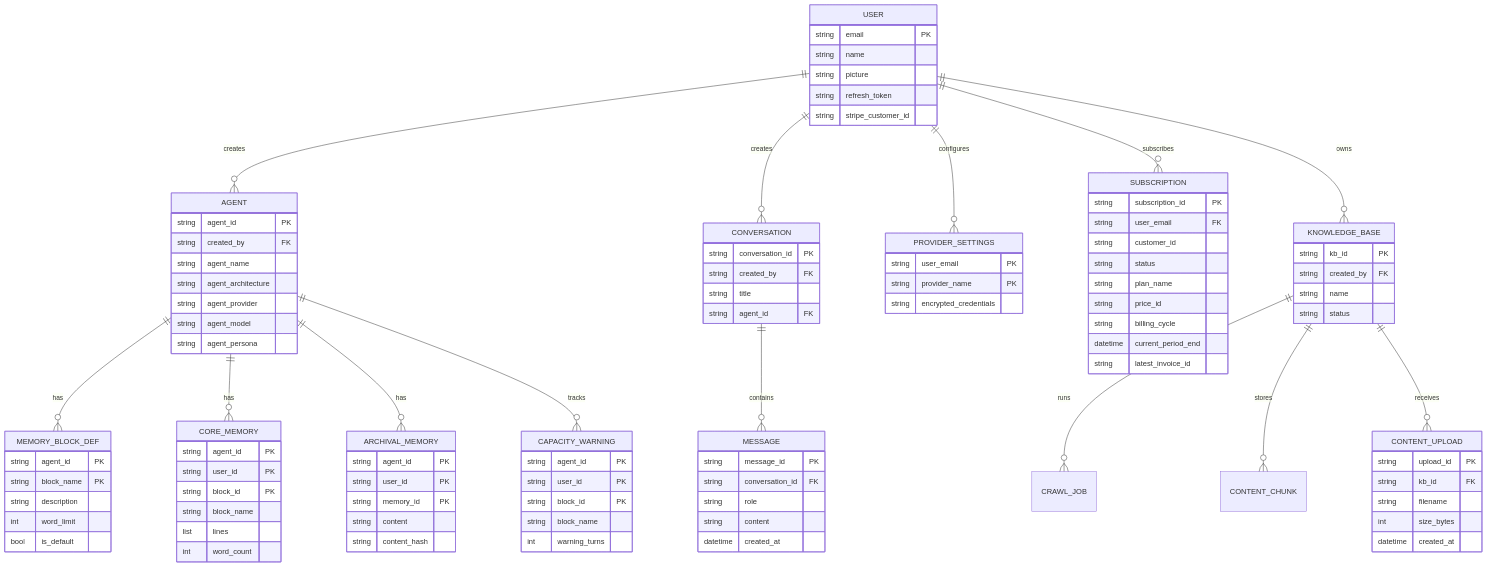
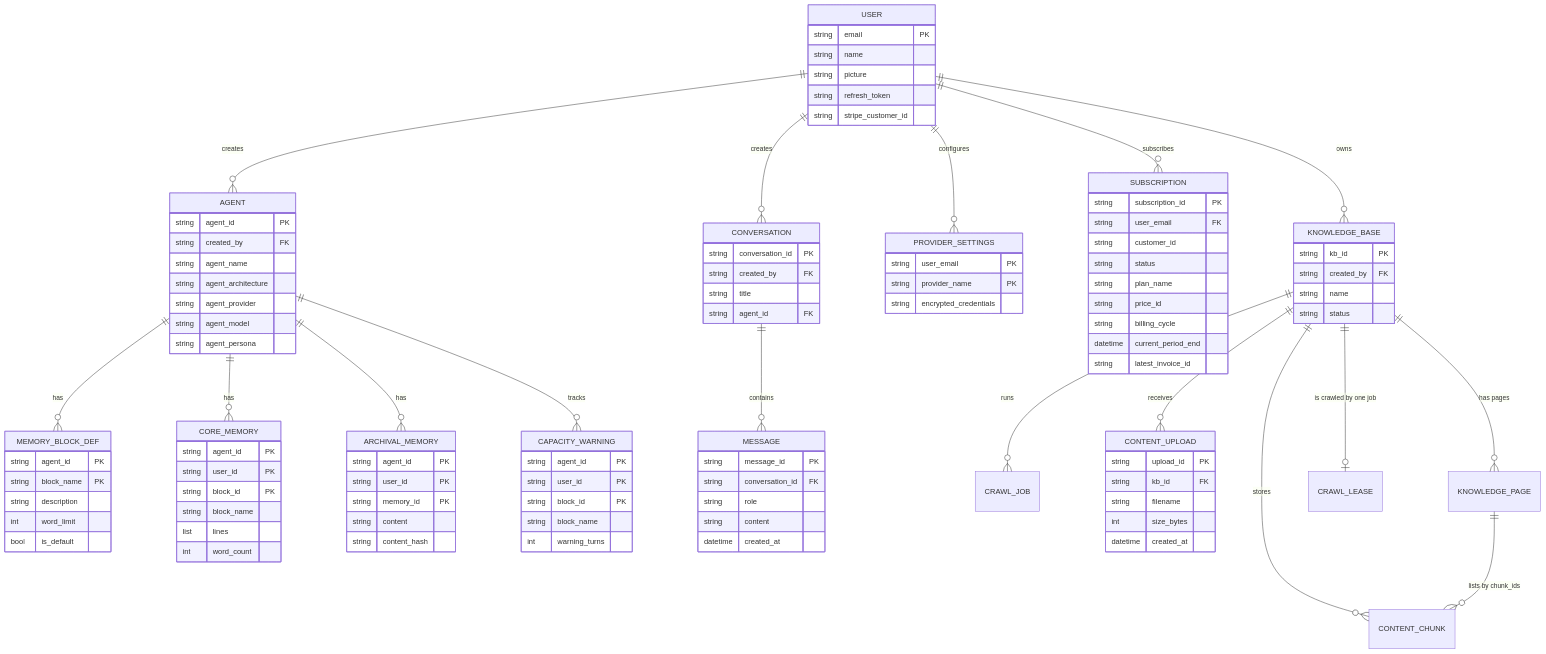
One commit to vslala/innomightlabs-dynamic-agent-builder changed the first of 3 diagrams in api/README.md. Above: the diagram before and after it, drawn with Mermaid. The commit also changed other lines of this file and 39 other files, not shown here.

```diff
--- a/api/README.md
+++ b/api/README.md
@@ -97,6 +97,9 @@
     KNOWLEDGE_BASE ||--o{ CRAWL_JOB : runs
     KNOWLEDGE_BASE ||--o{ CONTENT_CHUNK : stores
     KNOWLEDGE_BASE ||--o{ CONTENT_UPLOAD : receives
+    KNOWLEDGE_BASE ||--o{ KNOWLEDGE_PAGE : "has pages"
+    KNOWLEDGE_PAGE ||--o{ CONTENT_CHUNK : "lists by chunk_ids"
+    KNOWLEDGE_BASE ||--o| CRAWL_LEASE : "is crawled by one job"
 
     USER {
         string email PK
```
